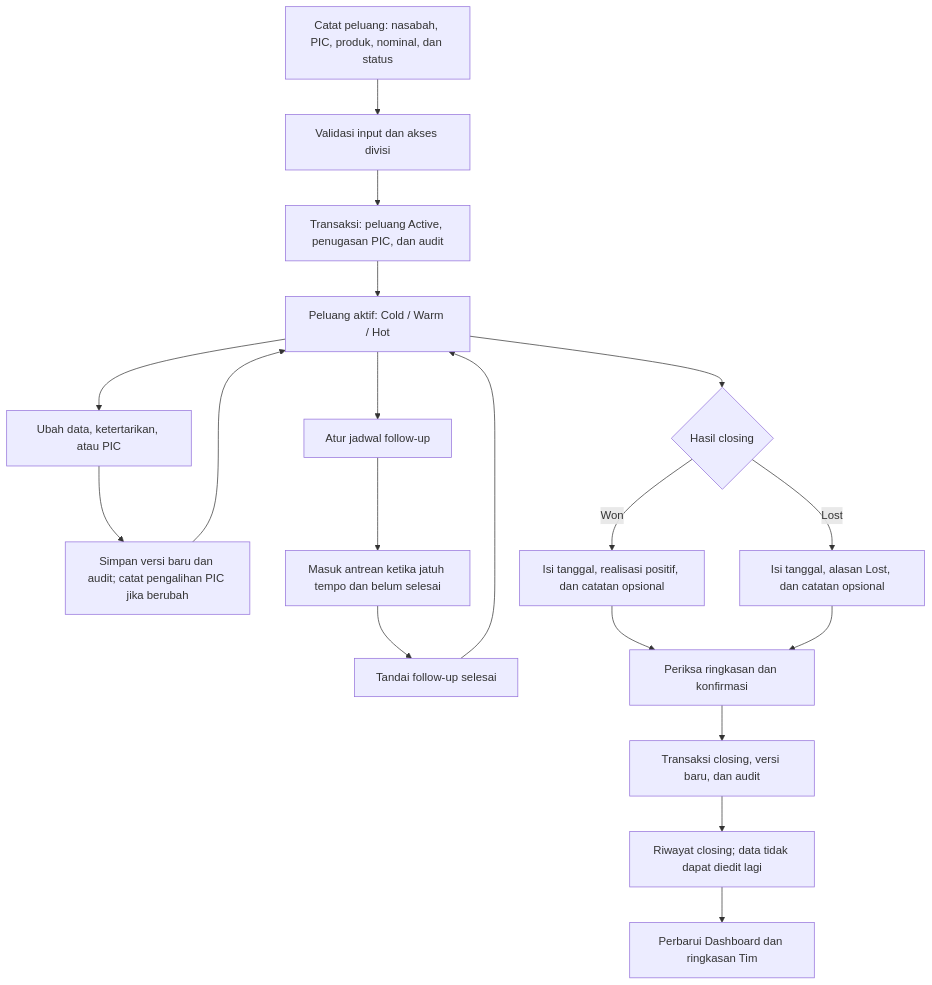
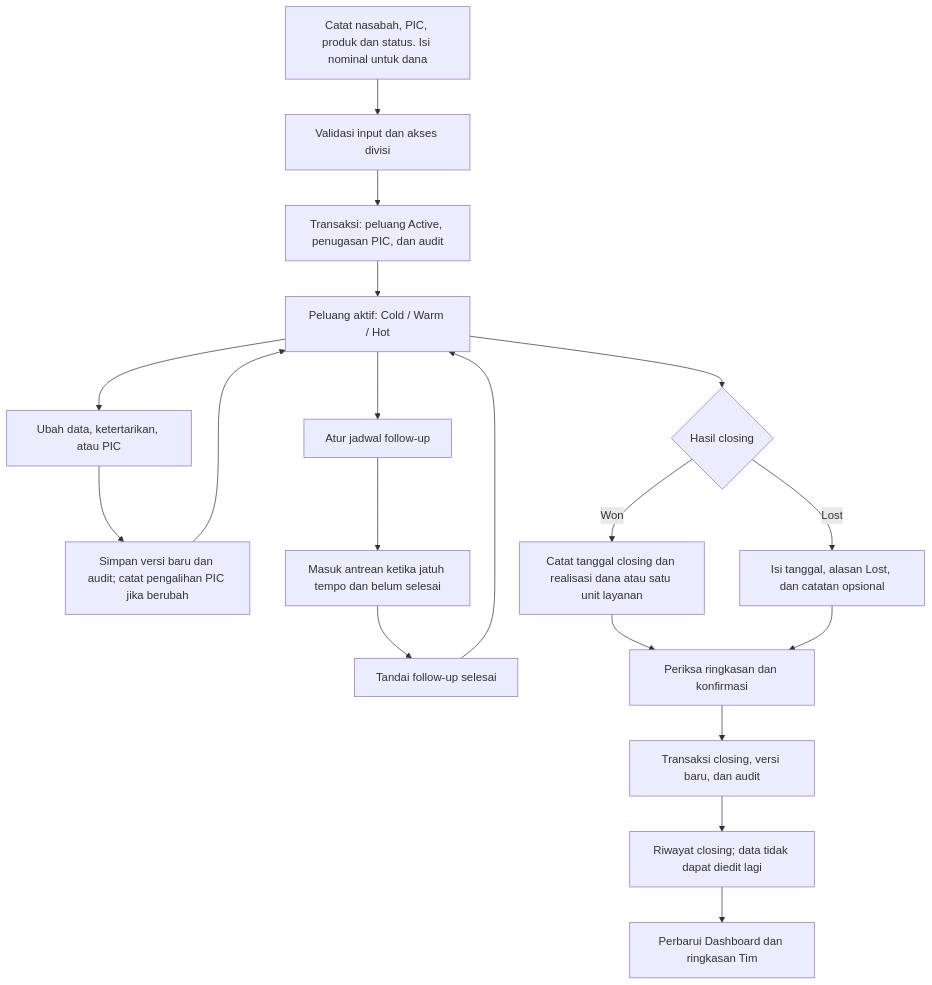
Before and after one commit to Alagaputra/Pipeline-Management-System: the sixth of 7 diagrams in README.md, drawn with Mermaid. The commit also changed other lines of this file and 29 other files, not shown here.

First line of the commit message:
feat: perbarui dashboard CRM, target produk, dan pencatatan pipeline layanan

````diff
--- a/README.md
+++ b/README.md
@@ -514,21 +503,21 @@
 ```mermaid
 flowchart TD
-    Create[Catat peluang: nasabah, PIC, produk, nominal, dan status] --> Validate[Validasi input dan akses divisi]
+    Create[Catat nasabah, PIC, produk dan status. Isi nominal untuk dana] --> Validate[Validasi input dan akses divisi]
     Validate --> Store[Transaksi: peluang Active, penugasan PIC, dan audit]
     Store --> Active[Peluang aktif: Cold / Warm / Hot]
     Active --> Edit[Ubah data, ketertarikan, atau PIC]
     Edit --> Audit[Simpan versi baru dan audit; catat pengalihan PIC jika berubah]
     Audit --> Active
     Active --> Follow[Atur jadwal follow-up]
     Follow --> Queue[Masuk antrean ketika jatuh tempo dan belum selesai]
     Queue --> Done[Tandai follow-up selesai]
     Done --> Active
     Active --> Closing{Hasil closing}
-    Closing -->|Won| Won[Isi tanggal, realisasi positif, dan catatan opsional]
+    Closing -->|Won| Won[Catat tanggal closing dan realisasi dana atau satu unit layanan]
     Closing -->|Lost| Lost[Isi tanggal, alasan Lost, dan catatan opsional]
     Won --> Review[Periksa ringkasan dan konfirmasi]
     Lost --> Review
     Review --> Commit[Transaksi closing, versi baru, dan audit]
     Commit --> History[Riwayat closing; data tidak dapat diedit lagi]
     History --> Report[Perbarui Dashboard dan ringkasan Tim]
 ```
````
